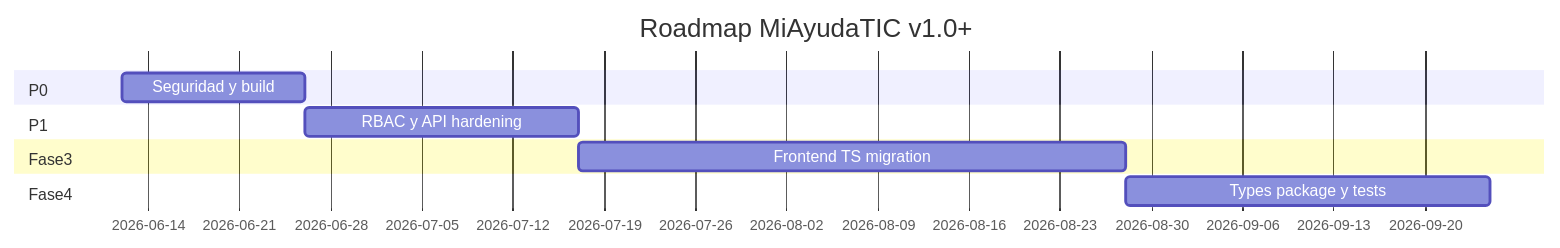
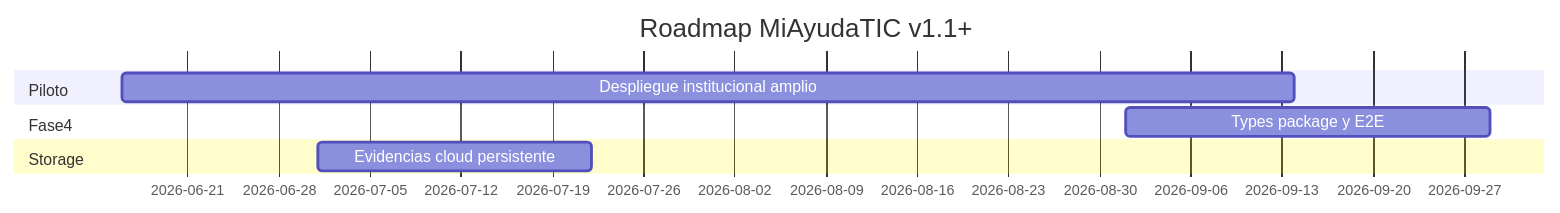
Before and after one commit to JuanVa092002/MiAyudaTics_v1.0: the diagram in briefs/05-deuda-roadmap.md, drawn with Mermaid. The commit also changed other lines of this file and 88 other files, not shown here.

````diff
--- a/briefs/05-deuda-roadmap.md
+++ b/briefs/05-deuda-roadmap.md
@@ -89,13 +101,11 @@
 ```mermaid
 gantt
-  title Roadmap MiAyudaTIC v1.0+
+  title Roadmap MiAyudaTIC v1.1+
   dateFormat YYYY-MM-DD
-  section P0
-  Seguridad y build     :p0, 2026-06-12, 14d
-  section P1
-  RBAC y API hardening  :p1, after p0, 21d
-  section Fase3
-  Frontend TS migration :f3, after p1, 42d
+  section Piloto
+  Despliegue institucional amplio :pilot, 2026-06-16, 90d
   section Fase4
-  Types package y tests :f4, after f3, 28d
+  Types package y E2E :f4, 2026-09-01, 28d
+  section Storage
+  Evidencias cloud persistente :stor, 2026-07-01, 21d
 ```
````
